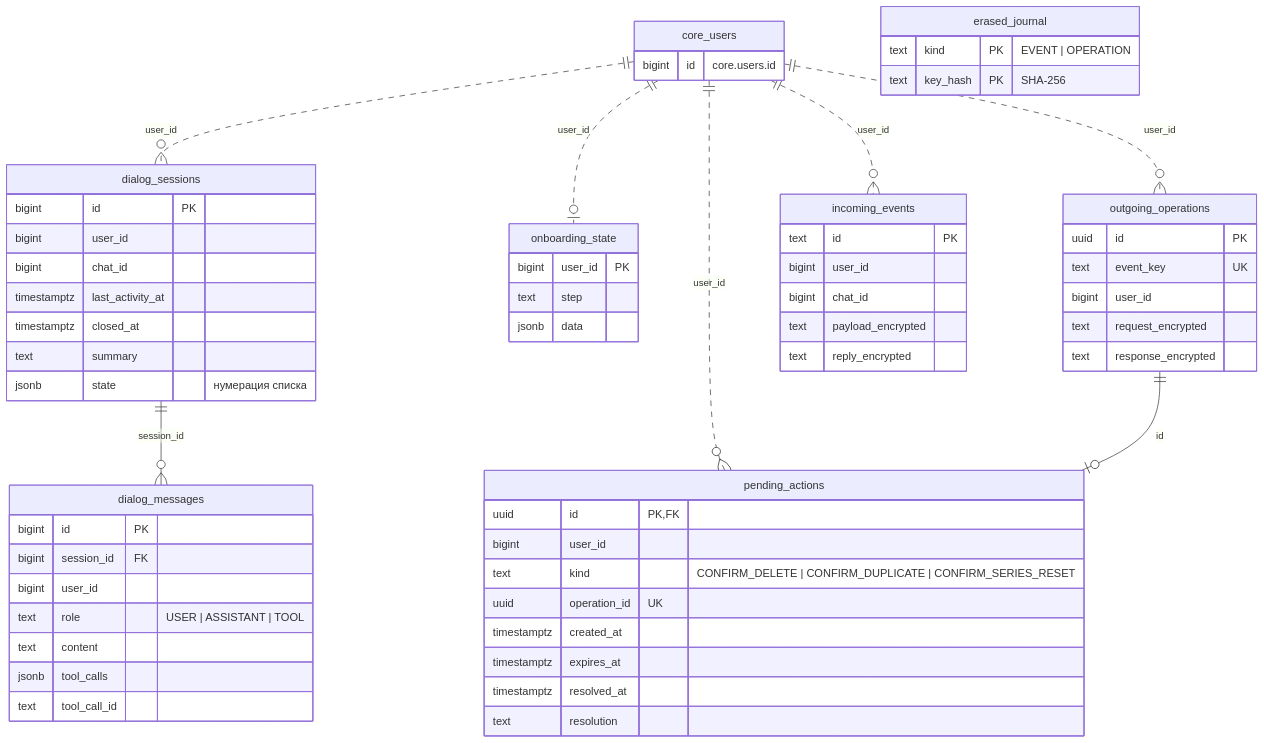
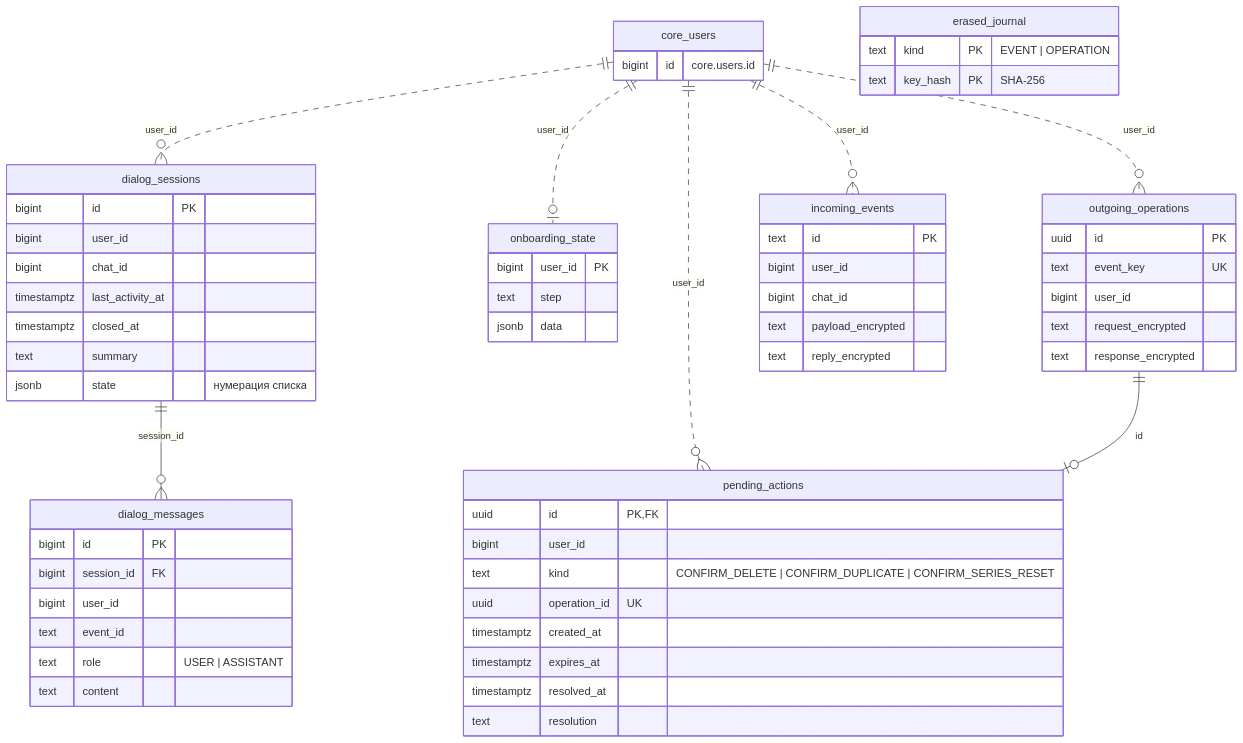
One commit to 1Avalanche/theseus changed the second of 4 diagrams in docs/database.md. Above: the diagram before and after it, drawn with Mermaid. The commit also changed other lines of this file and 71 other files, not shown here.

````diff
--- a/docs/database.md
+++ b/docs/database.md
@@ -114,65 +114,64 @@
 ```mermaid
 erDiagram
     core_users ||..o{ dialog_sessions : "user_id"
     core_users ||..o{ pending_actions : "user_id"
     core_users ||..o| onboarding_state : "user_id"
     core_users ||..o{ outgoing_operations : "user_id"
     core_users ||..o{ incoming_events : "user_id"
     dialog_sessions ||--o{ dialog_messages : "session_id"
     outgoing_operations ||--o| pending_actions : "id"
 
     core_users {
         bigint id "core.users.id"
     }
     dialog_sessions {
         bigint id PK
         bigint user_id
         bigint chat_id
         timestamptz last_activity_at
         timestamptz closed_at
         text summary
         jsonb state "нумерация списка"
     }
     dialog_messages {
         bigint id PK
         bigint session_id FK
         bigint user_id
-        text role "USER | ASSISTANT | TOOL"
+        text event_id
+        text role "USER | ASSISTANT"
         text content
-        jsonb tool_calls
-        text tool_call_id
     }
     pending_actions {
         uuid id PK,FK
         bigint user_id
         text kind "CONFIRM_DELETE | CONFIRM_DUPLICATE | CONFIRM_SERIES_RESET"
         uuid operation_id UK
         timestamptz created_at
         timestamptz expires_at
         timestamptz resolved_at
         text resolution
     }
     onboarding_state {
         bigint user_id PK
         text step
         jsonb data
     }
     outgoing_operations {
         uuid id PK
         text event_key UK
         bigint user_id
         text request_encrypted
         text response_encrypted
     }
     incoming_events {
         text id PK
         bigint user_id
         bigint chat_id
         text payload_encrypted
         text reply_encrypted
     }
     erased_journal {
         text kind PK "EVENT | OPERATION"
         text key_hash PK "SHA-256"
     }
 ```
````
